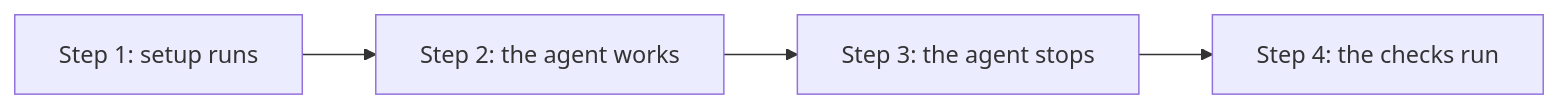
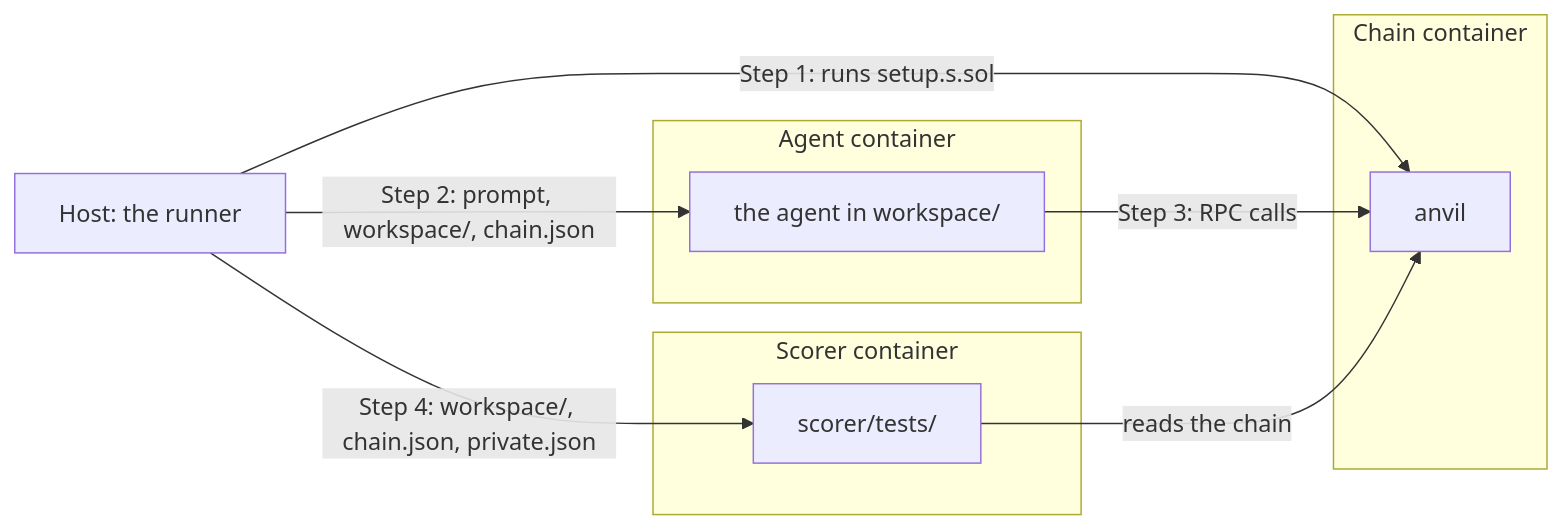
The diagram in docs/add-an-eval.md (BuidlGuidl/ethevals), drawn with Mermaid before and after one commit. The commit also changed other lines of this file, not shown here.

First line of the commit message:
Add a workspace section and scorer examples to the eval guide

````diff
--- a/docs/add-an-eval.md
+++ b/docs/add-an-eval.md
@@ -164,4 +205,18 @@
 ```mermaid
 flowchart LR
-	setup["Step 1: setup runs"] --> work["Step 2: the agent works"] --> stop["Step 3: the agent stops"] --> checks["Step 4: the checks run"]
+	host["Host: the runner"]
+	subgraph chainbox["Chain container"]
+		anvil["anvil"]
+	end
+	subgraph agentbox["Agent container"]
+		agent["the agent in workspace/"]
+	end
+	subgraph scorerbox["Scorer container"]
+		tests["scorer/tests/"]
+	end
+	host -- "Step 1: runs setup.s.sol" --> anvil
+	host -- "Step 2: prompt, workspace/, chain.json" --> agent
+	agent -- "Step 3: RPC calls" --> anvil
+	host -- "Step 4: workspace/, chain.json, private.json" --> tests
+	tests -- "reads the chain" --> anvil
 ```
````
